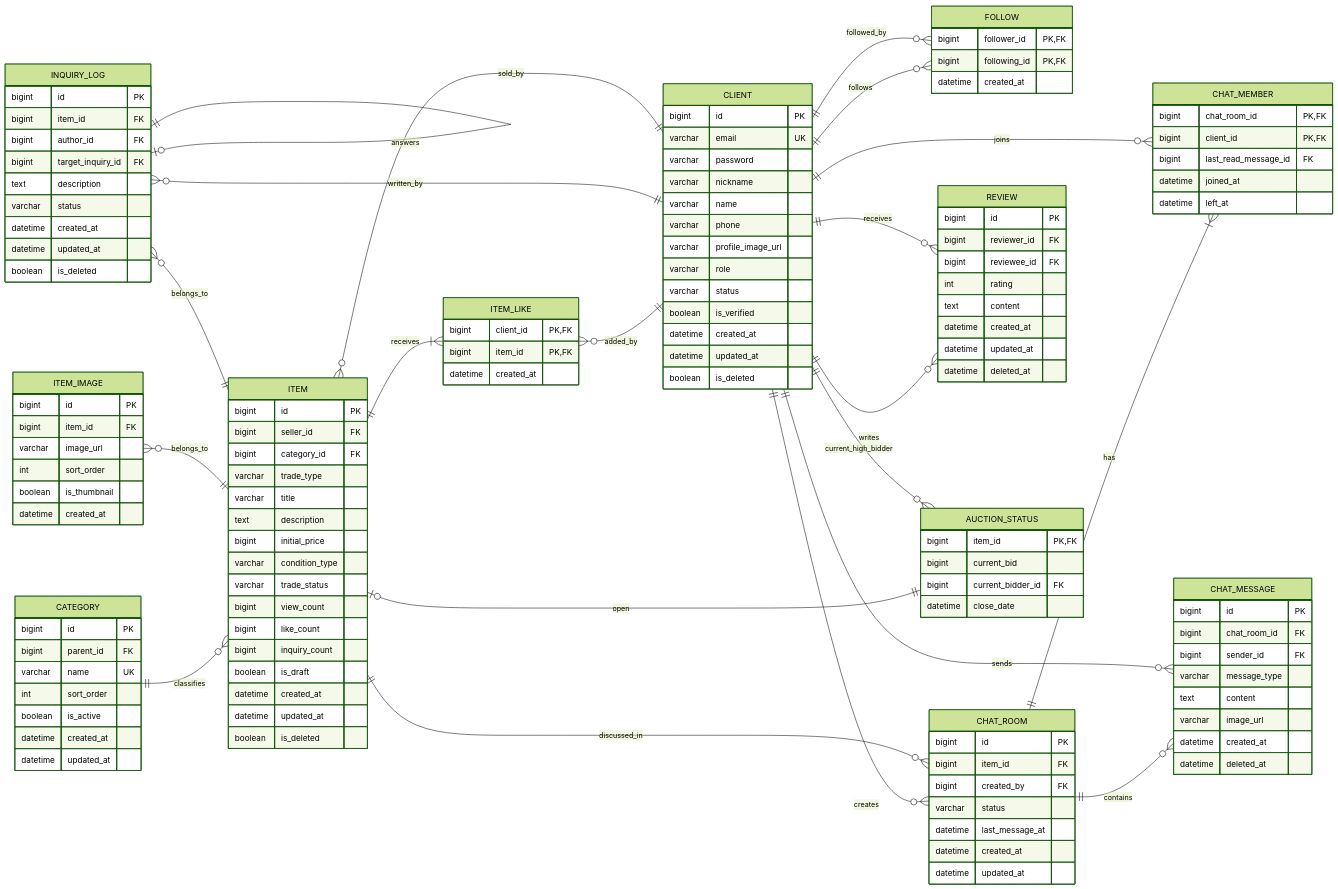
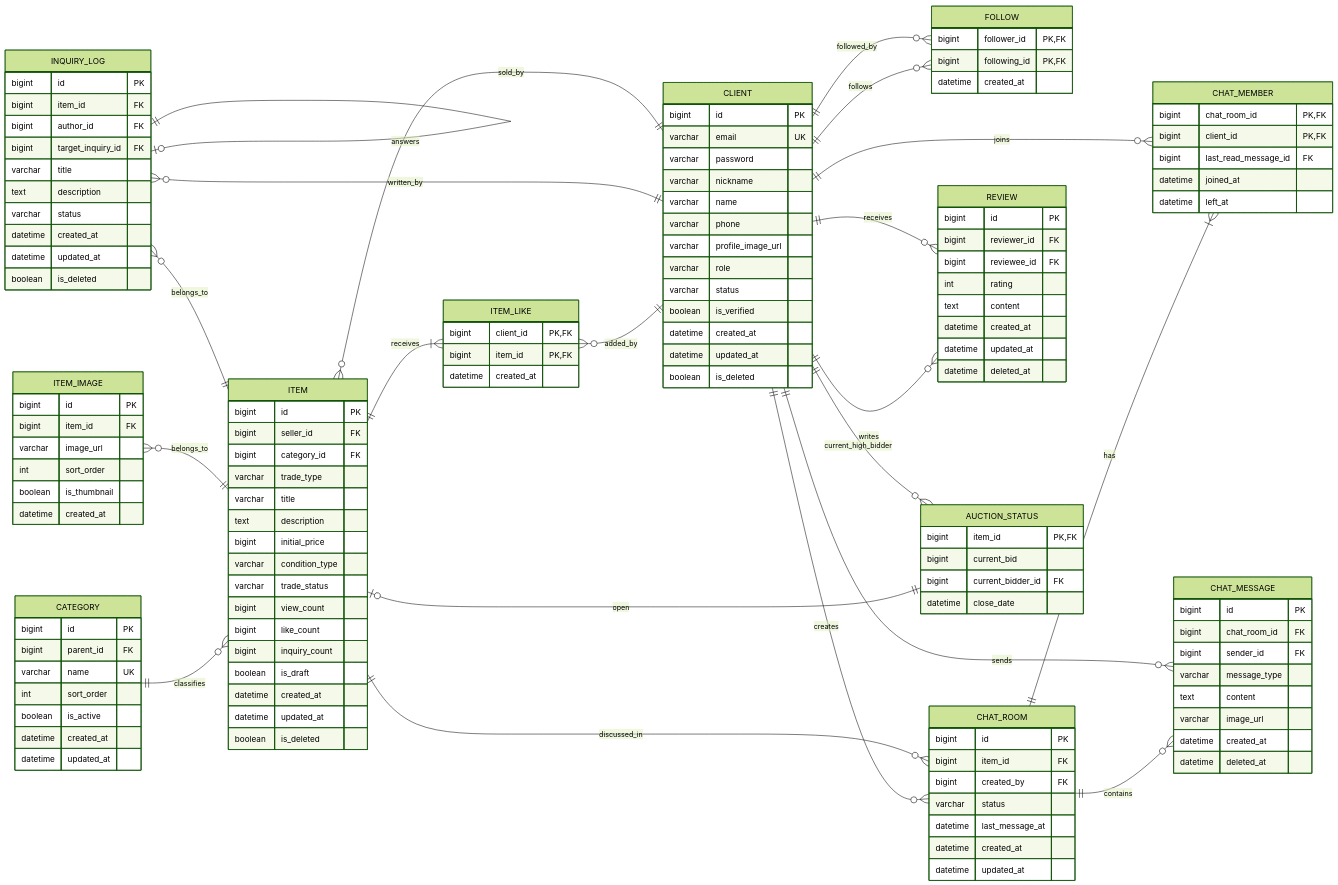
Before and after one commit to pcb2002/Cabbage-Market-10: the diagram in docs/ERD.md, drawn with Mermaid (forest theme). The commit also changed other lines of this file and 8 other files, not shown here.

```diff
--- a/docs/ERD.md
+++ b/docs/ERD.md
@@ -97,6 +97,7 @@
         bigint item_id FK
         bigint author_id FK
         bigint target_inquiry_id FK
+        varchar title
         text description
         varchar status
         datetime created_at
```
